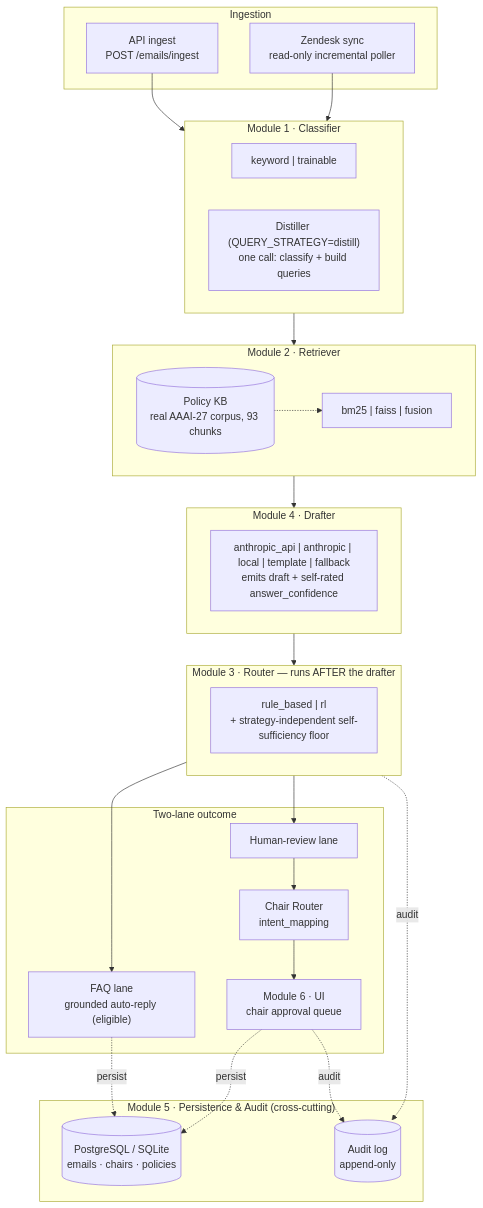
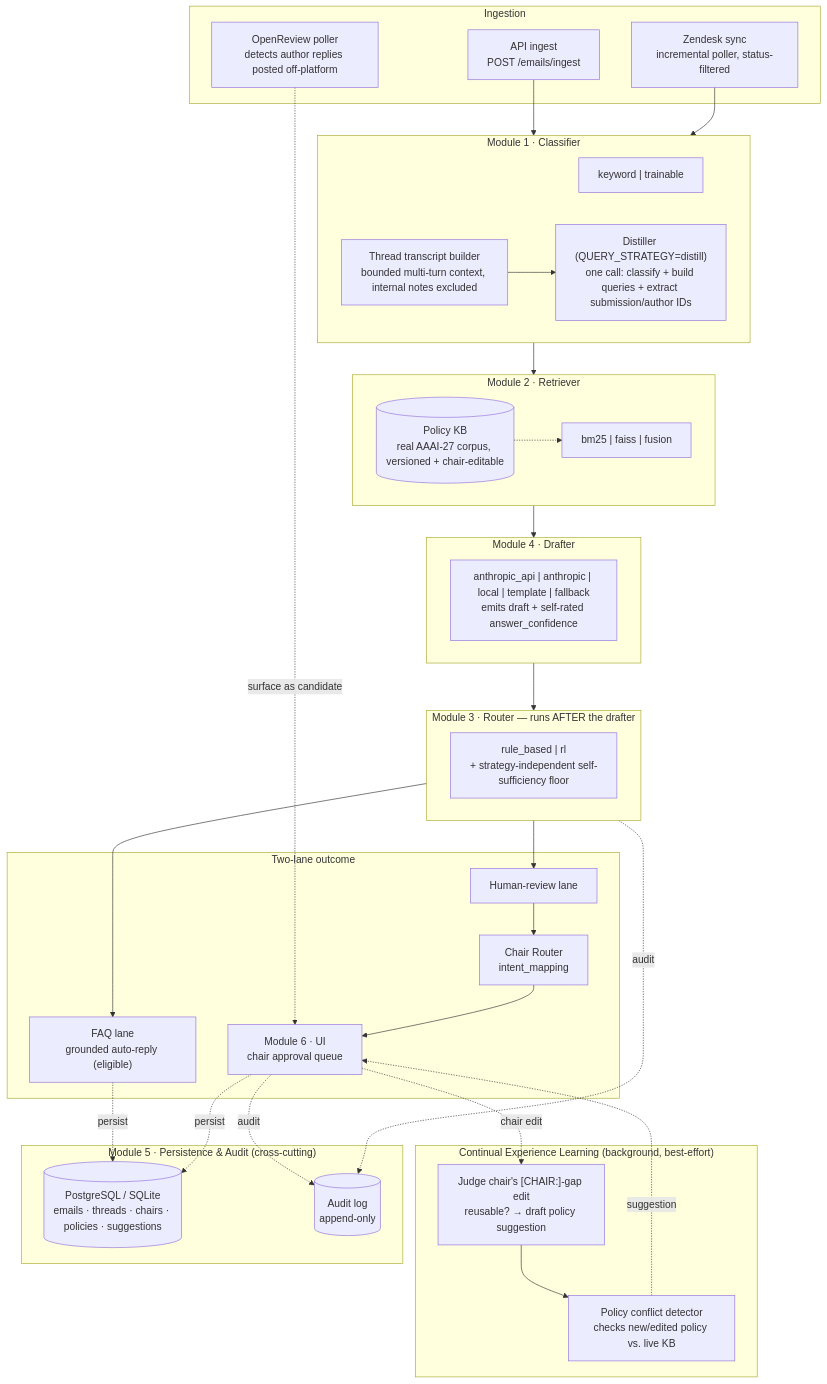
Before and after one commit to sahil1402/conference-email-system: the first of 2 diagrams in README.md, drawn with Mermaid. The commit also changed other lines of this file, not shown here.

````diff
--- a/README.md
+++ b/README.md
@@ -31,51 +31,62 @@
 ```mermaid
 flowchart TD
     subgraph ingest["Ingestion"]
         API["API ingest<br/>POST /emails/ingest"]
-        ZD["Zendesk sync<br/>read-only incremental poller"]
+        ZD["Zendesk sync<br/>incremental poller, status-filtered"]
+        OR["OpenReview poller<br/>detects author replies posted off-platform"]
     end
 
     subgraph mClass["Module 1 · Classifier"]
         KW["keyword | trainable"]
-        DS["Distiller (QUERY_STRATEGY=distill)<br/>one call: classify + build queries"]
+        DS["Distiller (QUERY_STRATEGY=distill)<br/>one call: classify + build queries + extract submission/author IDs"]
+        TT["Thread transcript builder<br/>bounded multi-turn context, internal notes excluded"]
     end
 
     subgraph mRet["Module 2 · Retriever"]
         R["bm25 | faiss | fusion"]
-        KB[("Policy KB<br/>real AAAI-27 corpus, 93 chunks")]
+        KB[("Policy KB<br/>real AAAI-27 corpus, versioned + chair-editable")]
     end
 
     subgraph mDraft["Module 4 · Drafter"]
         D["anthropic_api | anthropic | local | template | fallback<br/>emits draft + self-rated answer_confidence"]
     end
 
     subgraph mRoute["Module 3 · Router — runs AFTER the drafter"]
         RT["rule_based | rl<br/>+ strategy-independent self-sufficiency floor"]
     end
 
     subgraph lanes["Two-lane outcome"]
         FAQ["FAQ lane<br/>grounded auto-reply (eligible)"]
         HR["Human-review lane"]
         CR["Chair Router<br/>intent_mapping"]
         AP["Module 6 · UI<br/>chair approval queue"]
     end
 
+    subgraph learn["Continual Experience Learning (background, best-effort)"]
+        CEL["Judge chair's [CHAIR:]-gap edit<br/>reusable? → draft policy suggestion"]
+        PC["Policy conflict detector<br/>checks new/edited policy vs. live KB"]
+    end
+
     subgraph persist["Module 5 · Persistence & Audit (cross-cutting)"]
-        DB[("PostgreSQL / SQLite<br/>emails · chairs · policies")]
+        DB[("PostgreSQL / SQLite<br/>emails · threads · chairs · policies · suggestions")]
         AU[("Audit log<br/>append-only")]
     end
 
     API --> mClass
     ZD --> mClass
+    OR -.surface as candidate.-> AP
+    TT --> DS
     mClass --> mRet
     mRet --> mDraft
     mDraft --> mRoute
     mRoute --> FAQ
     mRoute --> HR
     HR --> CR --> AP
+    AP -.chair edit.-> CEL --> PC
+    PC -.suggestion.-> AP
     KB -.-> R
     FAQ -.persist.-> DB
     AP -.persist.-> DB
     mRoute -.audit.-> AU
     AP -.audit.-> AU
 ```
````
